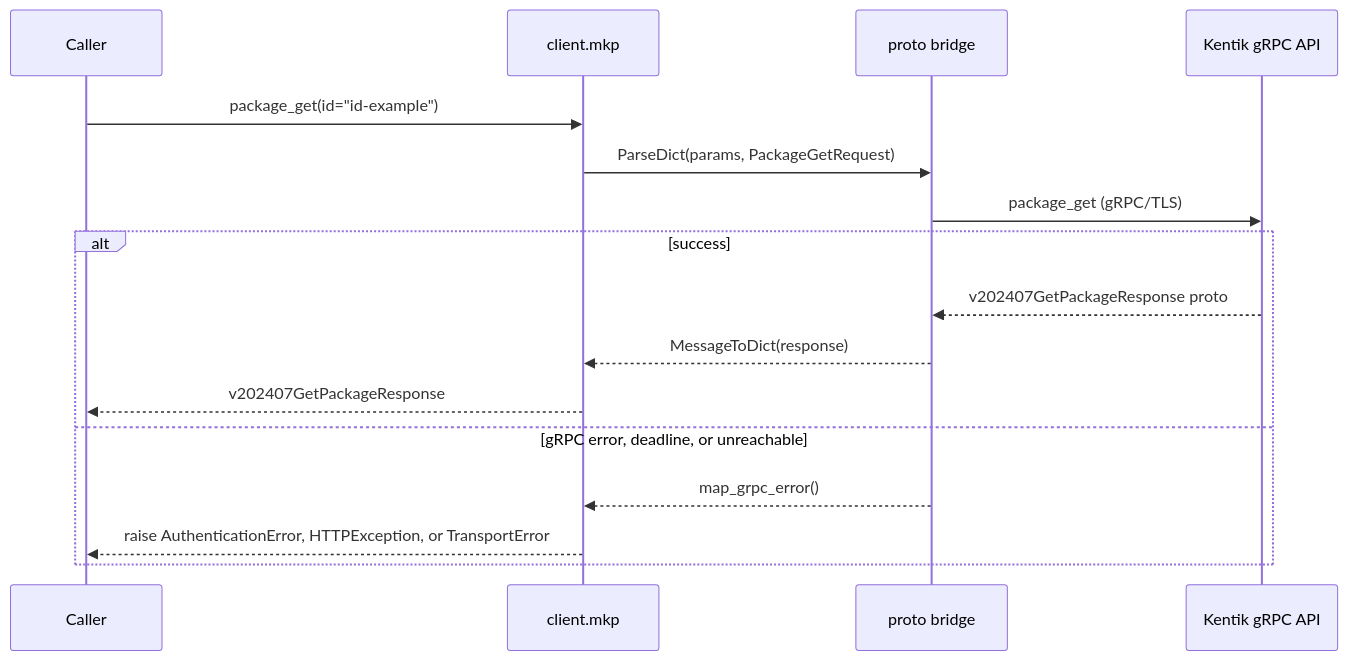
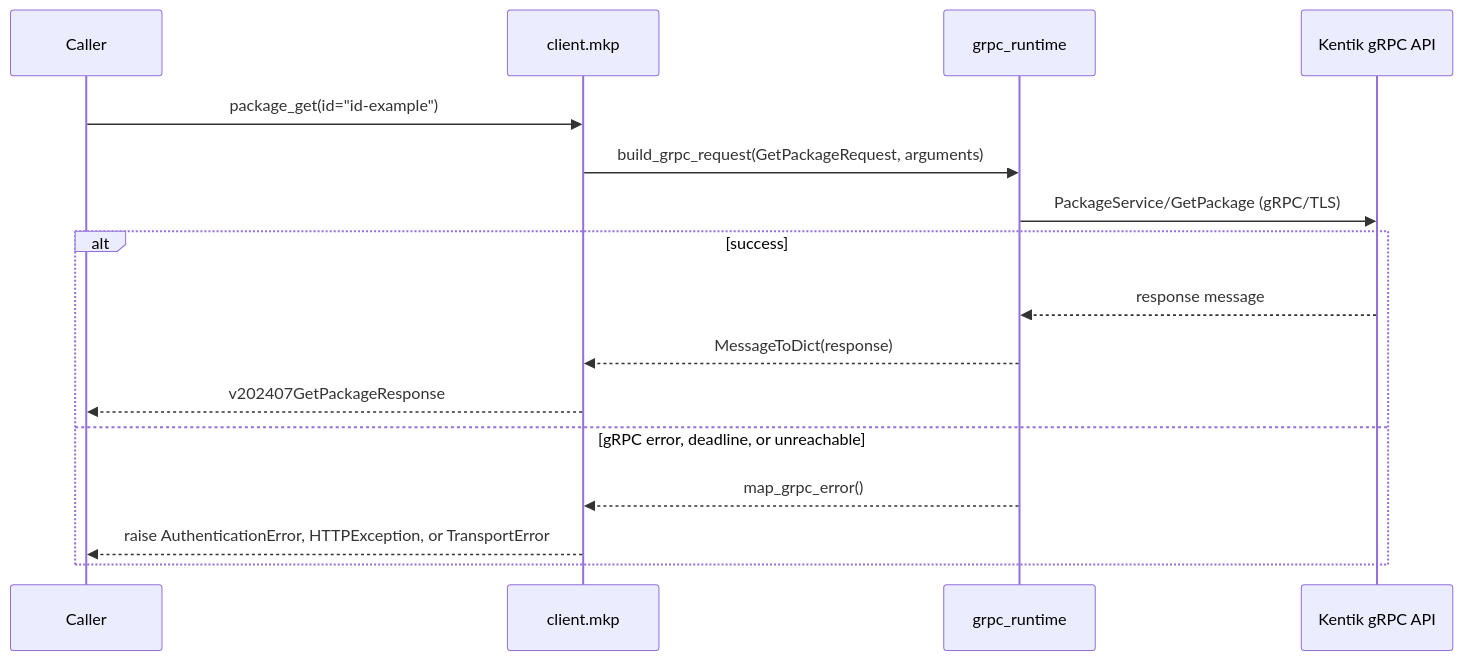
One commit to alexdearaujo/community_sdk_python changed the seventh of 30 diagrams in docs/sphinx/services/mkp.md. Above: the diagram before and after it, drawn with Mermaid. The commit also changed other lines of this file and 37 other files, not shown here.

First line of the commit message:
docs: show the real RPC in each service page's gRPC diagram

````diff
--- a/docs/sphinx/services/mkp.md
+++ b/docs/sphinx/services/mkp.md
@@ -205,19 +205,19 @@
 ```mermaid
 sequenceDiagram
     participant C as Caller
     participant W as client.mkp
-    participant B as proto bridge
+    participant R as grpc_runtime
     participant API as Kentik gRPC API
 
     C->>W: package_get(id="id-example")
-    W->>B: ParseDict(params, PackageGetRequest)
-    B->>API: package_get (gRPC/TLS)
+    W->>R: build_grpc_request(GetPackageRequest, arguments)
+    R->>API: PackageService/GetPackage (gRPC/TLS)
     alt success
-        API-->>B: v202407GetPackageResponse proto
-        B-->>W: MessageToDict(response)
+        API-->>R: response message
+        R-->>W: MessageToDict(response)
         W-->>C: v202407GetPackageResponse
     else gRPC error, deadline, or unreachable
-        B-->>W: map_grpc_error()
+        R-->>W: map_grpc_error()
         W-->>C: raise AuthenticationError, HTTPException, or TransportError
     end
 ```
````
